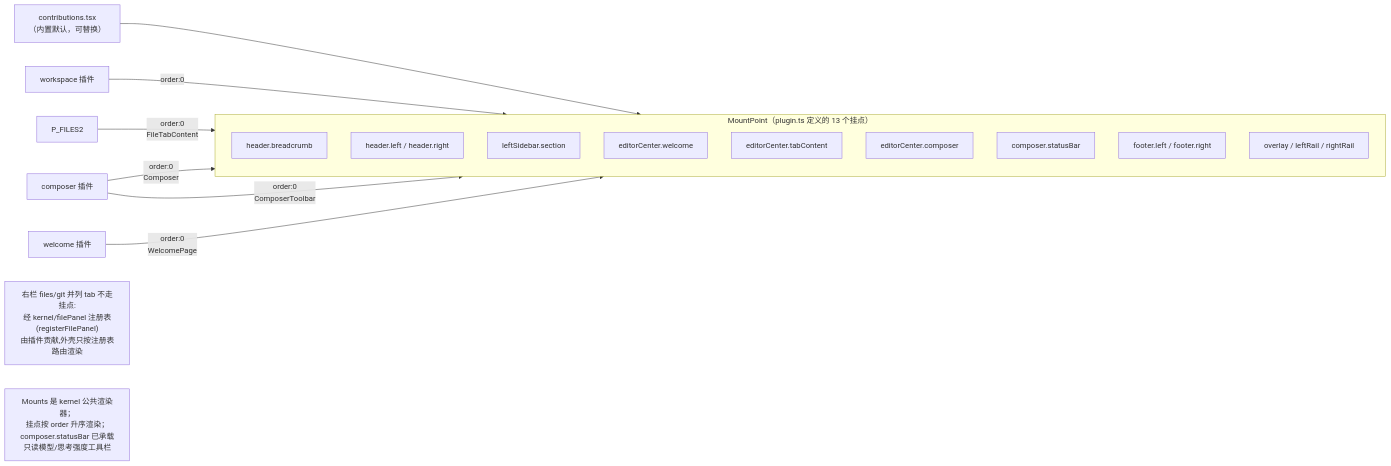
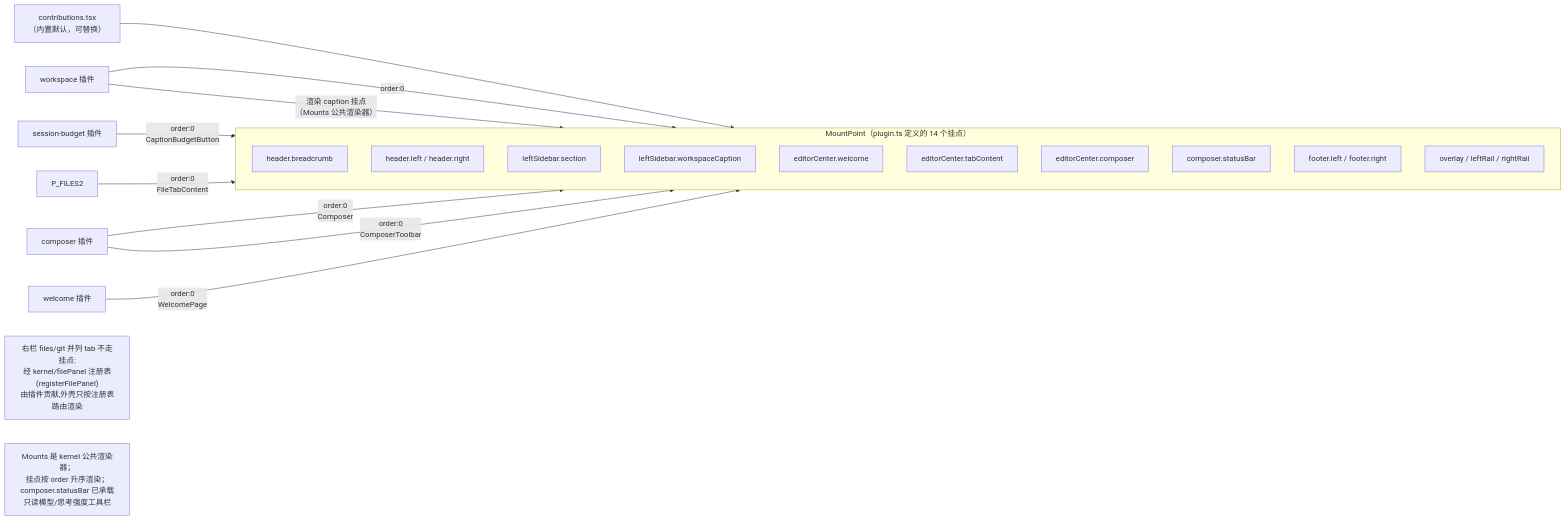
One commit to chenxiangning/tmd-cli changed the seventh of 8 diagrams in docs/architecture/02-code-architecture.md. Above: the diagram before and after it, drawn with Mermaid. The commit also changed 18 other files, not shown here.

First line of the commit message:
feat(session-budget): 显示预算拆为独立插件,入插排可插拔

````diff
--- a/docs/architecture/02-code-architecture.md
+++ b/docs/architecture/02-code-architecture.md
@@ -271,25 +271,28 @@
 ```mermaid
 flowchart LR
-    subgraph MOUNT["MountPoint（plugin.ts 定义的 13 个挂点）"]
+    subgraph MOUNT["MountPoint（plugin.ts 定义的 14 个挂点）"]
         direction TB
         HB["header.breadcrumb"]
         HLR["header.left / header.right"]
         LS1["leftSidebar.section"]
+        LS2["leftSidebar.workspaceCaption"]
         ECW["editorCenter.welcome"]
         ECT["editorCenter.tabContent"]
         ECC["editorCenter.composer"]
         CSB["composer.statusBar"]
         FT["footer.left / footer.right"]
         OV["overlay / leftRail / rightRail"]
     end
 
     CONTRIB2["contributions.tsx<br/>（内置默认，可替换）"] --> HB
     P_WS2["workspace 插件"] -->|"order:0"| LS1
+    P_WS2 -->|"渲染 caption 挂点<br/>（Mounts 公共渲染器）"| LS2
+    P_SBU["session-budget 插件"] -->|"order:0<br/>CaptionBudgetButton"| LS2
     P_FILES2 -->|"order:0<br/>FileTabContent"| ECT
     P_COMP2["composer 插件"] -->|"order:0<br/>Composer"| ECC
     P_COMP2 -->|"order:0<br/>ComposerToolbar"| CSB
     P_WELCOME2["welcome 插件"] -->|"order:0<br/>WelcomePage"| ECW
     Note2["右栏 files/git 并列 tab 不走挂点:<br/>经 kernel/filePanel 注册表(registerFilePanel)<br/>由插件贡献,外壳只按注册表路由渲染"]
 
     Note["Mounts 是 kernel 公共渲染器；<br/>挂点按 order 升序渲染；<br/>composer.statusBar 已承载只读模型/思考强度工具栏"]
 ```
````
